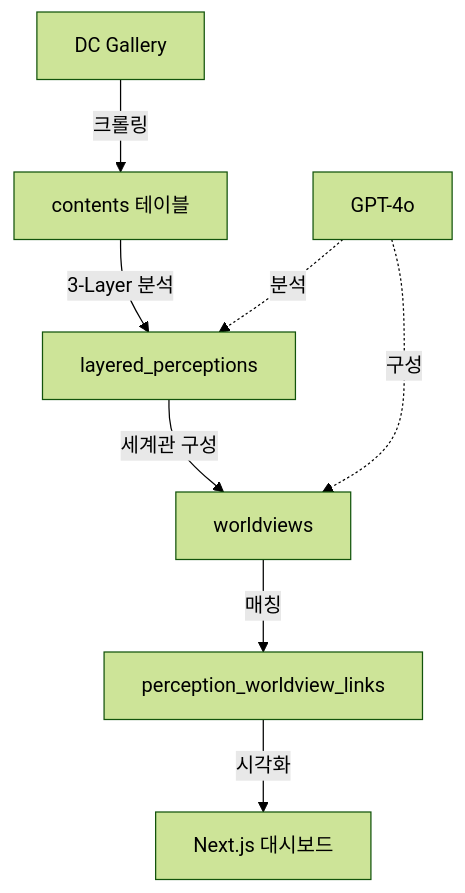
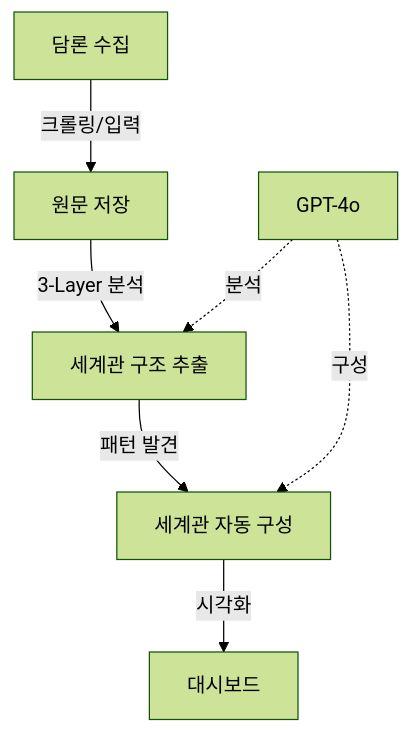
One commit to philo-kim/moniterdc changed the diagram in README.md. Above: the diagram before and after it, drawn with Mermaid (forest theme). The commit also changed other lines of this file and 122 other files, not shown here.

````diff
--- a/README.md
+++ b/README.md
@@ -115,11 +189,10 @@
 ```mermaid
 graph TB
-    A[DC Gallery] -->|크롤링| B[contents 테이블]
-    B -->|3-Layer 분석| C[layered_perceptions]
-    C -->|세계관 구성| D[worldviews]
-    D -->|매칭| E[perception_worldview_links]
-    E -->|시각화| F[Next.js 대시보드]
+    A[담론 수집] -->|크롤링/입력| B[원문 저장]
+    B -->|3-Layer 분석| C[세계관 구조 추출]
+    C -->|패턴 발견| D[세계관 자동 구성]
+    D -->|시각화| E[대시보드]
 
-    G[GPT-4o] -.->|분석| C
-    G -.->|구성| D
+    F[GPT-4o] -.->|분석| C
+    F -.->|구성| D
 ```
````
